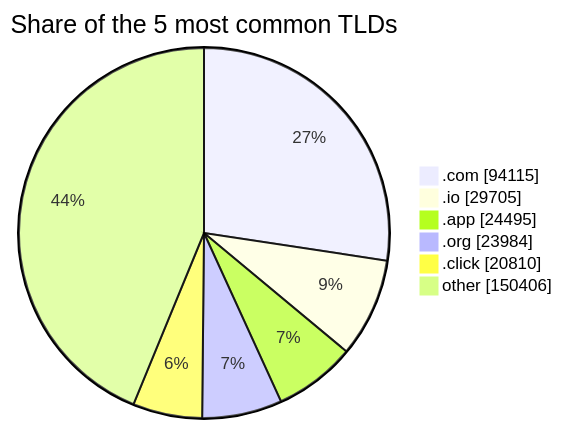
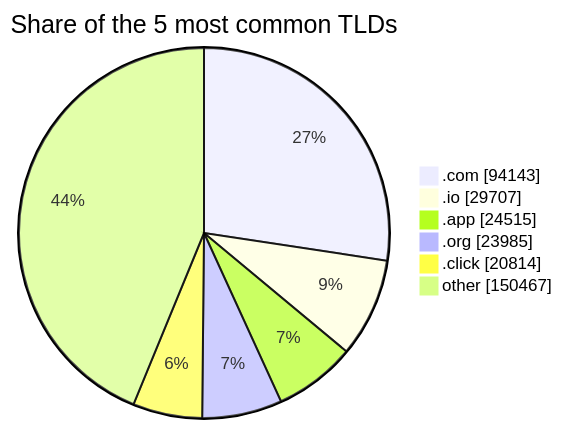
The third of 3 diagrams in README.md (DNSBunker/CTI), drawn with Mermaid before and after one commit. The commit also changed other lines of this file and 3 other files, not shown here.

````diff
--- a/README.md
+++ b/README.md
@@ -81,9 +81,9 @@
 ```mermaid
 pie showData title Share of the 5 most common TLDs
-    ".com" : 94115
-    ".io" : 29705
-    ".app" : 24495
-    ".org" : 23984
-    ".click" : 20810
-    "other" : 150406
+    ".com" : 94143
+    ".io" : 29707
+    ".app" : 24515
+    ".org" : 23985
+    ".click" : 20814
+    "other" : 150467
 ```
````
